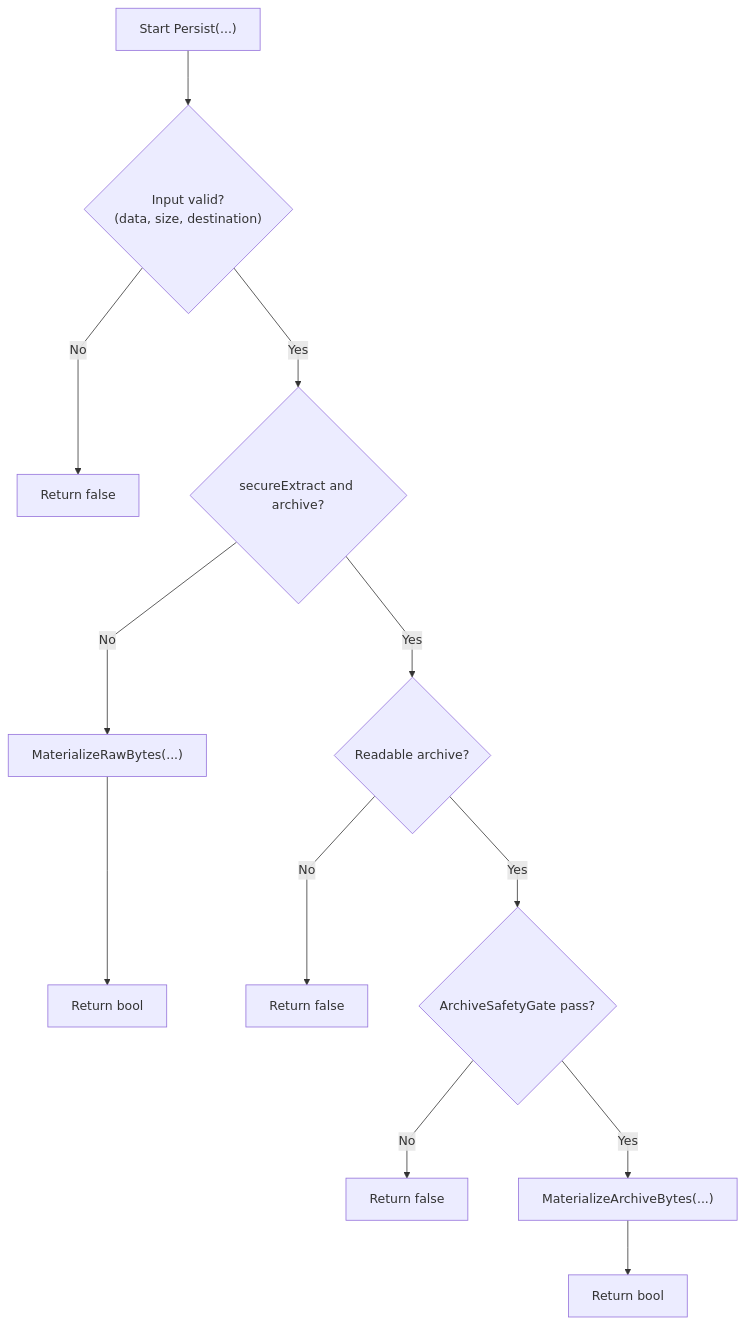
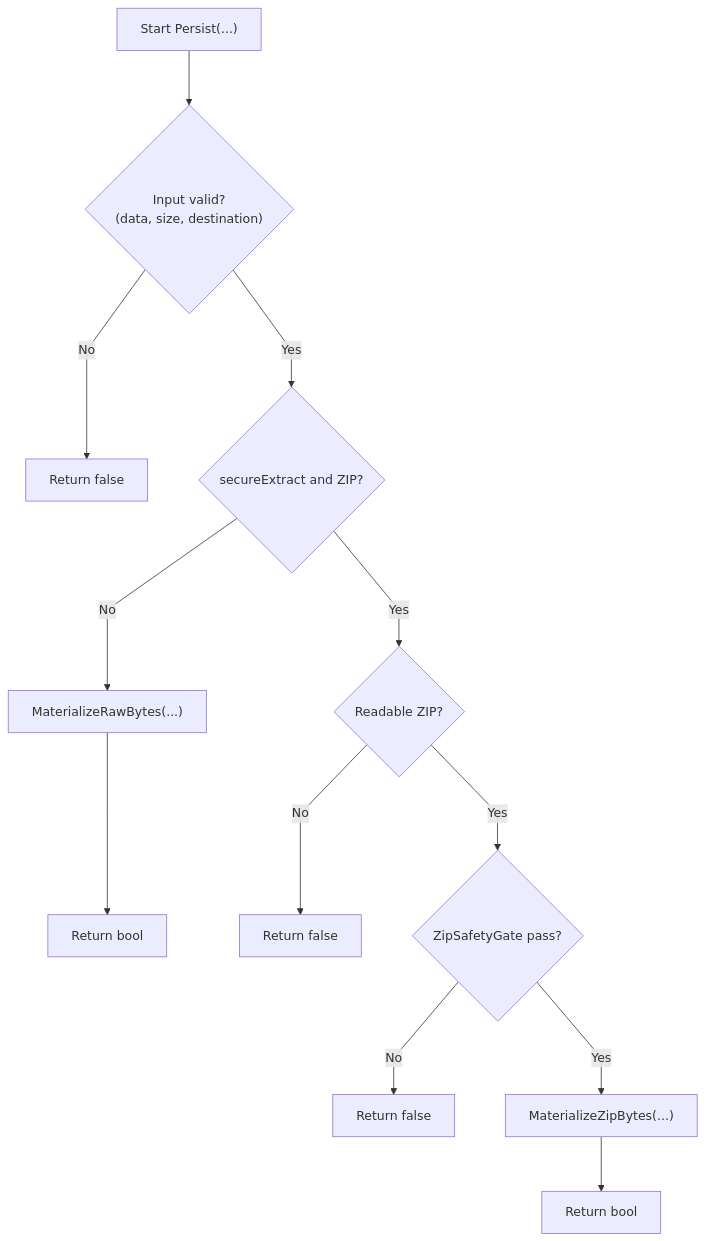
One commit to tomtastisch/FileClassifier changed the eighth of 9 diagrams in docs/02_ARCHITECTURE_AND_FLOWS.md. Above: the diagram before and after it, drawn with Mermaid. The commit also changed other lines of this file and 80 other files, not shown here.

````diff
--- a/docs/02_ARCHITECTURE_AND_FLOWS.md
+++ b/docs/02_ARCHITECTURE_AND_FLOWS.md
@@ -301,16 +298,16 @@
 ```mermaid
 %%{init: {"flowchart": {"curve": "linear", "nodeSpacing": 65, "rankSpacing": 70}, "themeVariables": {"fontSize": "16px"}}}%%
 flowchart TD
   S0["Start Persist(...)"] --> S1{"Input valid?<br/>(data, size, destination)"}
   S1 -->|"No"| E1["Return false"]
-  S1 -->|"Yes"| S2{"secureExtract and archive?"}
+  S1 -->|"Yes"| S2{"secureExtract and ZIP?"}
 
   S2 -->|"No"| A1["MaterializeRawBytes(...)"] --> R1["Return bool"]
-  S2 -->|"Yes"| S3{"Readable archive?"}
+  S2 -->|"Yes"| S3{"Readable ZIP?"}
 
   S3 -->|"No"| E2["Return false"]
-  S3 -->|"Yes"| S4{"ArchiveSafetyGate pass?"}
+  S3 -->|"Yes"| S4{"ZipSafetyGate pass?"}
 
   S4 -->|"No"| E3["Return false"]
-  S4 -->|"Yes"| A2["MaterializeArchiveBytes(...)"] --> R2["Return bool"]
+  S4 -->|"Yes"| A2["MaterializeZipBytes(...)"] --> R2["Return bool"]
 ```
````
